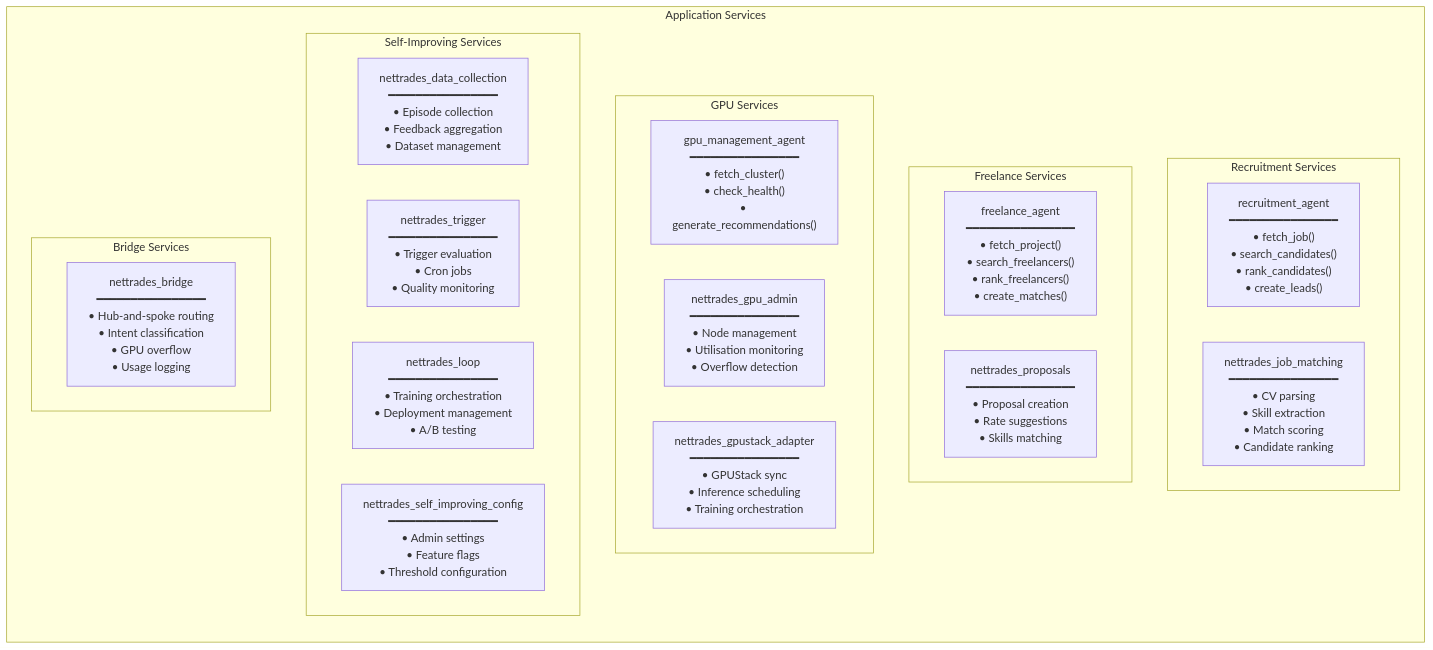
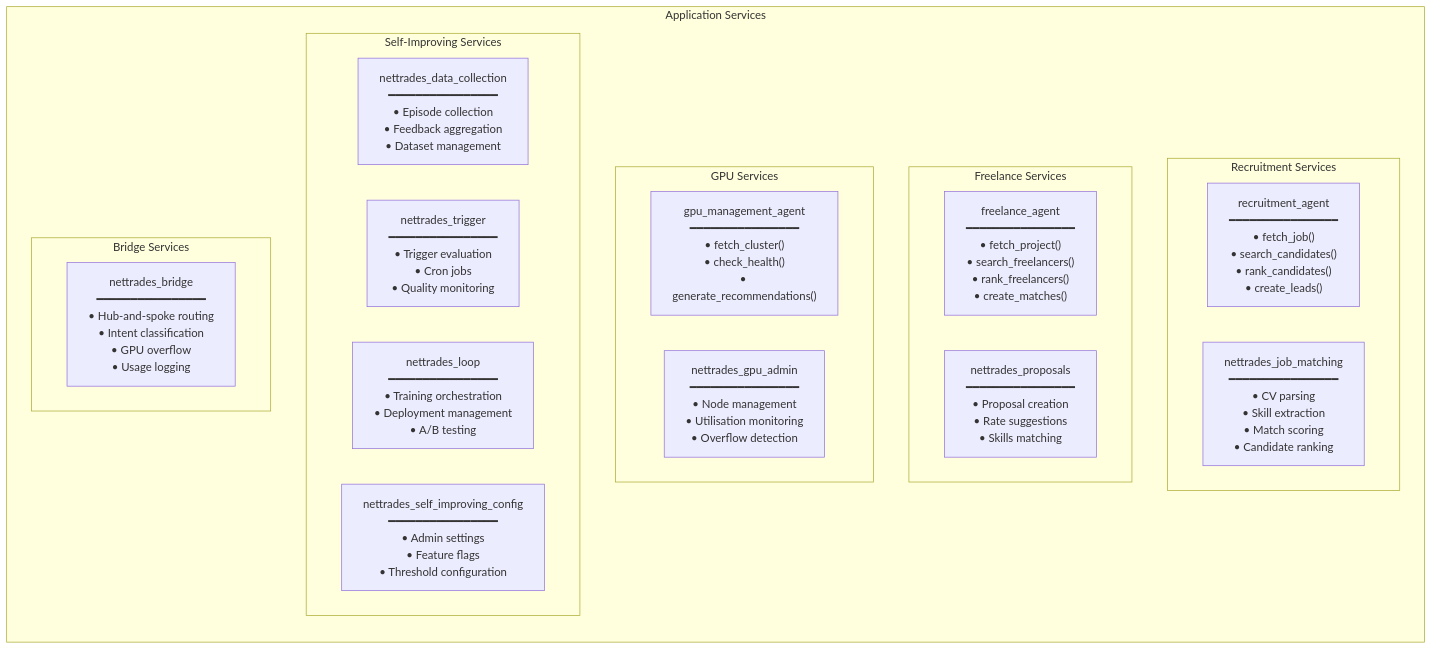
The ninth of 12 diagrams in docs/developer/Logical-Solution-Architecture-Diagram.md (nettrades/nettrades-platform), drawn with Mermaid before and after one commit. The commit also changed other lines of this file and 56 other files, not shown here.

````diff
--- a/docs/developer/Logical-Solution-Architecture-Diagram.md
+++ b/docs/developer/Logical-Solution-Architecture-Diagram.md
@@ -650,33 +650,32 @@
 ```mermaid
 graph TB
     subgraph ApplicationServices["Application Services"]
         direction TB
 
         subgraph RecruitmentServices["Recruitment Services"]
             RecruitmentAgent["recruitment_agent\n━━━━━━━━━━━━━━━━\n• fetch_job()\n• search_candidates()\n• rank_candidates()\n• create_leads()"]
             JobMatching["nettrades_job_matching\n━━━━━━━━━━━━━━━━\n• CV parsing\n• Skill extraction\n• Match scoring\n• Candidate ranking"]
         end
 
         subgraph FreelanceServices["Freelance Services"]
             FreelanceAgent["freelance_agent\n━━━━━━━━━━━━━━━━\n• fetch_project()\n• search_freelancers()\n• rank_freelancers()\n• create_matches()"]
             Proposals["nettrades_proposals\n━━━━━━━━━━━━━━━━\n• Proposal creation\n• Rate suggestions\n• Skills matching"]
         end
 
         subgraph GPUServices["GPU Services"]
             GPUAgent["gpu_management_agent\n━━━━━━━━━━━━━━━━\n• fetch_cluster()\n• check_health()\n• generate_recommendations()"]
             GPUAdmin["nettrades_gpu_admin\n━━━━━━━━━━━━━━━━\n• Node management\n• Utilisation monitoring\n• Overflow detection"]
-            GPStackAdapter["nettrades_gpustack_adapter\n━━━━━━━━━━━━━━━━\n• GPUStack sync\n• Inference scheduling\n• Training orchestration"]
         end
 
         subgraph SelfImprovingServices["Self-Improving Services"]
             DataCollection["nettrades_data_collection\n━━━━━━━━━━━━━━━━\n• Episode collection\n• Feedback aggregation\n• Dataset management"]
             Trigger["nettrades_trigger\n━━━━━━━━━━━━━━━━\n• Trigger evaluation\n• Cron jobs\n• Quality monitoring"]
             Loop["nettrades_loop\n━━━━━━━━━━━━━━━━\n• Training orchestration\n• Deployment management\n• A/B testing"]
             Config["nettrades_self_improving_config\n━━━━━━━━━━━━━━━━\n• Admin settings\n• Feature flags\n• Threshold configuration"]
         end
 
         subgraph BridgeServices["Bridge Services"]
             Bridge["nettrades_bridge\n━━━━━━━━━━━━━━━━\n• Hub-and-spoke routing\n• Intent classification\n• GPU overflow\n• Usage logging"]
         end
     end
 ```
````
